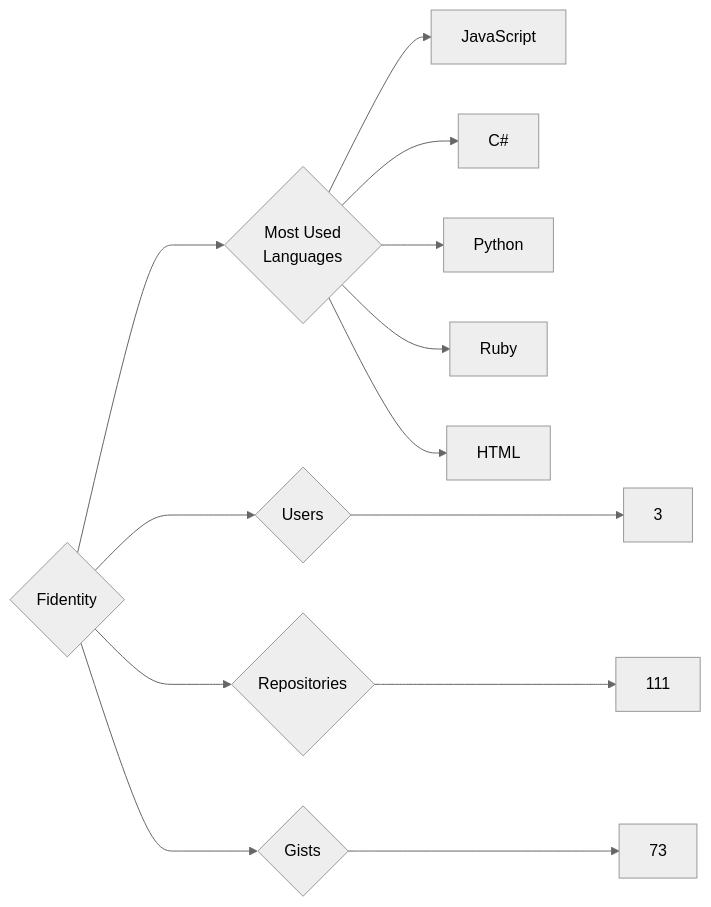
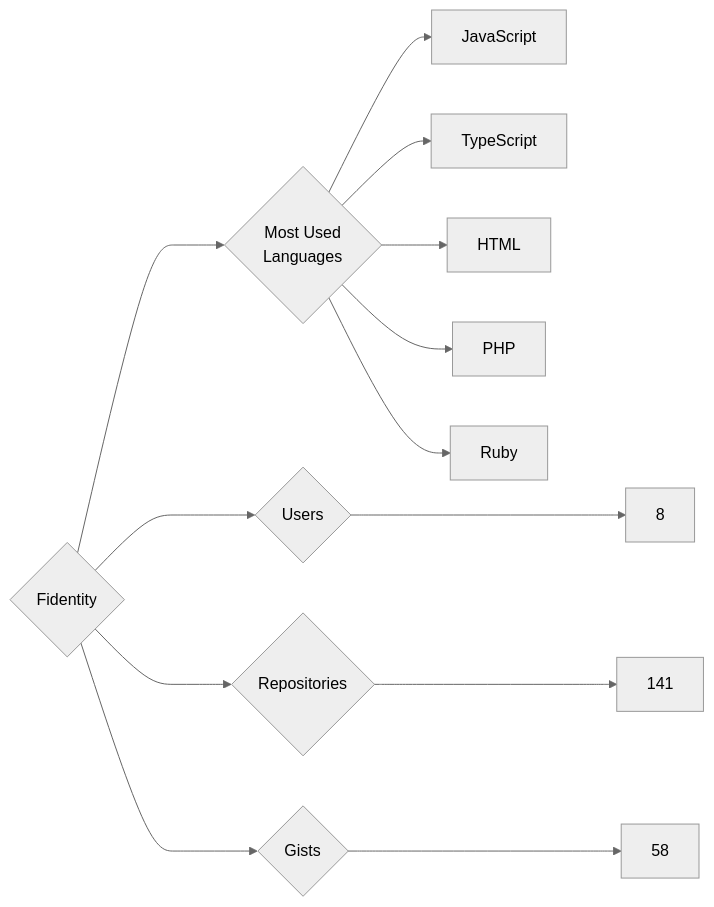
The diagram in targets/Fidentity/README.md (trickest/insiders), drawn with Mermaid (neutral theme) before and after one commit. The commit also changed 1314 other files, not shown here.

````diff
--- a/targets/Fidentity/README.md
+++ b/targets/Fidentity/README.md
@@ -3,13 +3,13 @@
 ```mermaid
 graph LR
 COMPANY_NAME{Fidentity}
-COMPANY_NAME ---> U{Users} ---> UN[3]
-COMPANY_NAME ---> R{Repositories} ---> RN[111]
-COMPANY_NAME ---> G{Gists} ---> GN[73]
+COMPANY_NAME ---> U{Users} ---> UN[8]
+COMPANY_NAME ---> R{Repositories} ---> RN[141]
+COMPANY_NAME ---> G{Gists} ---> GN[58]
 COMPANY_NAME ---> ML{Most Used<br>Languages}
 ML --> JavaScript[JavaScript]
-ML --> C#[C#]
-ML --> Python[Python]
+ML --> TypeScript[TypeScript]
+ML --> HTML[HTML]
+ML --> PHP[PHP]
 ML --> Ruby[Ruby]
-ML --> HTML[HTML]
 ```
````
